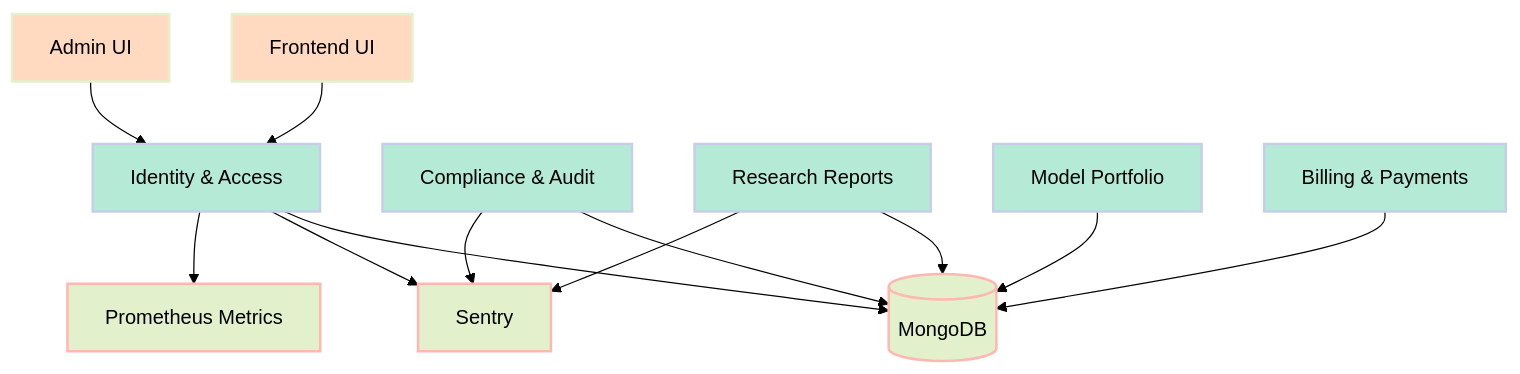
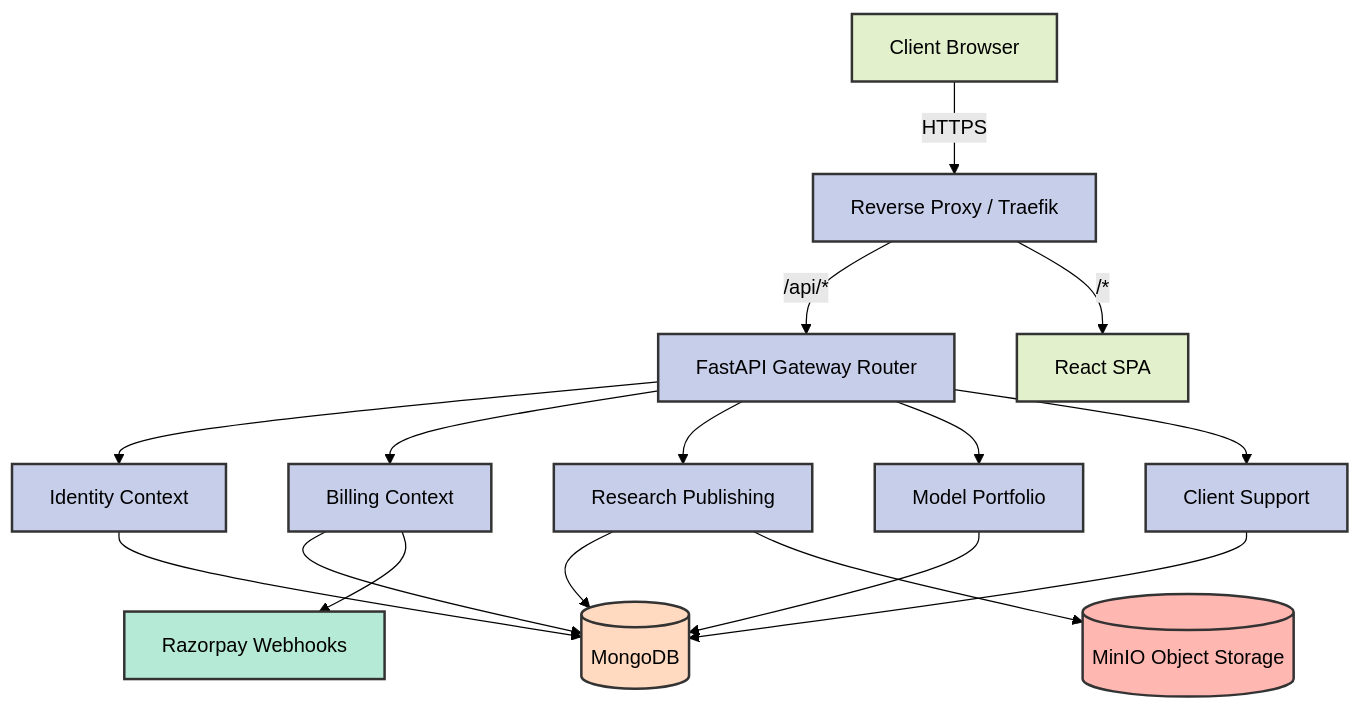
The first of 2 diagrams in backend/docs/ARCHITECTURE.md (tejasrsuthar/raghuvirconsultants-site), drawn with Mermaid (forest theme) before and after one commit. The commit also changed other lines of this file and 4 other files, not shown here.

Commit message:
docs: complete Task 30 - write ADRs and system architecture documentation with mermaid diagrams

````diff
--- a/backend/docs/ARCHITECTURE.md
+++ b/backend/docs/ARCHITECTURE.md
@@ -6,35 +7,30 @@
 ```mermaid
 graph TD
-    classDef frontend fill:#FFDAC1,stroke:#E2F0CB,stroke-width:2px;
-    classDef context fill:#B5EAD7,stroke:#C7CEEA,stroke-width:2px;
-    classDef infra fill:#E2F0CB,stroke:#FFB7B2,stroke-width:2px;
-    classDef core fill:#C7CEEA,stroke:#B5EAD7,stroke-width:2px;
+    classDef frontend fill:#E2F0CB,stroke:#333,stroke-width:2px;
+    classDef backend fill:#C7CEEA,stroke:#333,stroke-width:2px;
+    classDef db fill:#FFDAC1,stroke:#333,stroke-width:2px;
+    classDef storage fill:#FFB7B2,stroke:#333,stroke-width:2px;
+    classDef external fill:#B5EAD7,stroke:#333,stroke-width:2px;
 
-    Client[Frontend UI]:::frontend
-    Admin[Admin UI]:::frontend
+    Client[Client Browser]:::frontend
+    Traefik[Reverse Proxy / Traefik]:::backend
     
-    Identity[Identity & Access]:::context
-    Compliance[Compliance & Audit]:::context
-    Reports[Research Reports]:::context
-    Portfolio[Model Portfolio]:::context
-    Payments[Billing & Payments]:::context
+    Client -->|HTTPS| Traefik
+    Traefik -->|/api/*| FastAPI[FastAPI Gateway Router]:::backend
+    Traefik -->|/*| ReactSPA[React SPA]:::frontend
 
-    Mongo[(MongoDB)]:::infra
-    Sentry[Sentry]:::infra
-    Prometheus[Prometheus Metrics]:::infra
-    
-    Client --> Identity
-    Admin --> Identity
-    
-    Identity --> Mongo
-    Compliance --> Mongo
-    Reports --> Mongo
-    Portfolio --> Mongo
-    Payments --> Mongo
-    
-    Identity --> Sentry
-    Compliance --> Sentry
-    Reports --> Sentry
-    
-    Identity --> Prometheus
+    FastAPI --> IdentityContext[Identity Context]:::backend
+    FastAPI --> BillingContext[Billing Context]:::backend
+    FastAPI --> PublishingContext[Research Publishing]:::backend
+    FastAPI --> PortfolioContext[Model Portfolio]:::backend
+    FastAPI --> SupportContext[Client Support]:::backend
+
+    IdentityContext --> MongoDB[(MongoDB)]:::db
+    BillingContext --> MongoDB
+    PublishingContext --> MongoDB
+    PortfolioContext --> MongoDB
+    SupportContext --> MongoDB
+
+    PublishingContext --> MinIO[(MinIO Object Storage)]:::storage
+    BillingContext --> Razorpay[Razorpay Webhooks]:::external
 ```
````
